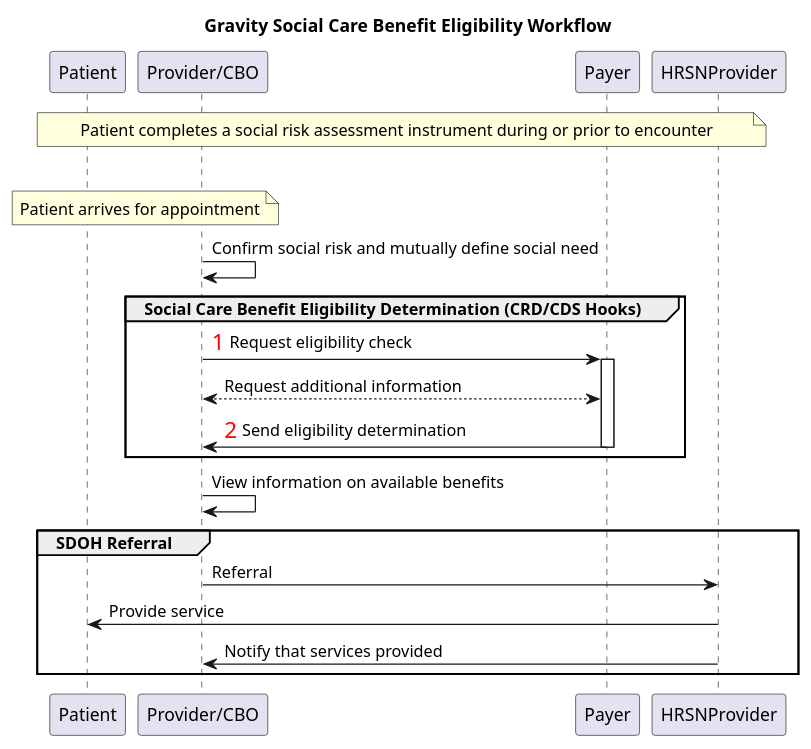
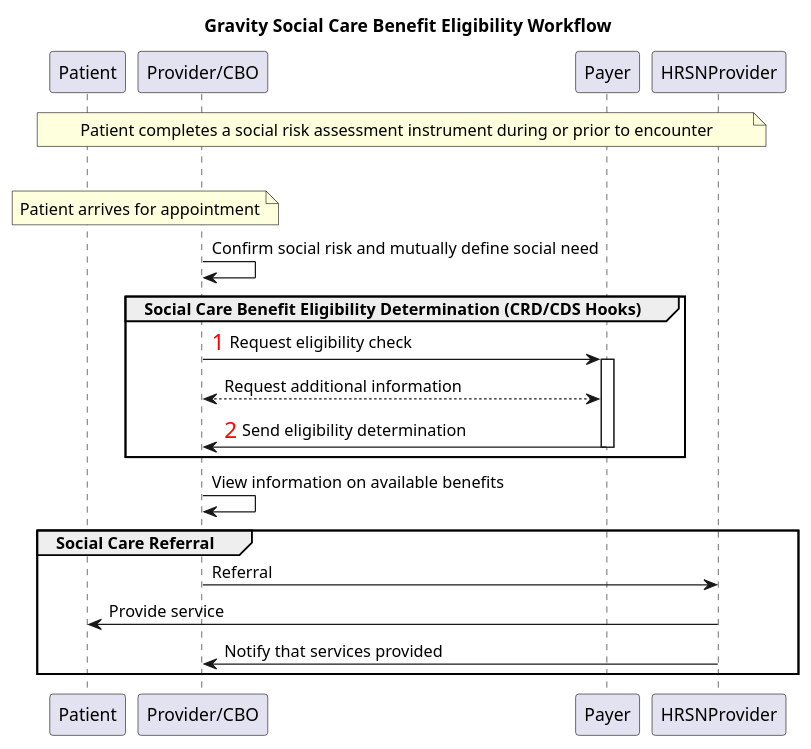
Before and after one commit to Gravity-SDOHCC/supplemental-benefits-check-connectathon: the diagram in gravity_workflow.puml, drawn with PlantUML. The commit also changed 2 other files, not shown here.

Commit message:
update referral language

```diff
--- a/gravity_workflow.puml
+++ b/gravity_workflow.puml
@@ -1,35 +1,35 @@
 @startuml
 title Gravity Social Care Benefit Eligibility Workflow
 
 participant Patient
 participant "Provider/CBO" as Provider
 participant Payer
 participant HRSNProvider
 
 note across: Patient completes a social risk assessment instrument during or prior to encounter
 'Provider -> Patient: Screening Questionnaire
 'Patient -> Provider: Screening QuestionnaireResponse
 |||
 note over Provider, Patient: Patient arrives for appointment
 Provider -> Provider: Confirm social risk and mutually define social need
 group Social Care Benefit Eligibility Determination (CRD/CDS Hooks)
   autonumber 1 "<font color=red size=18>"
   Provider -> Payer: Request eligibility check
   autonumber stop
   activate Payer
 
   Payer <--> Provider: Request additional information
 
   autonumber 2 "<font color=red size=18>"
   Payer -> Provider: Send eligibility determination
   autonumber stop
   deactivate Payer
 end
 Provider -> Provider: View information on available benefits
 
-group SDOH Referral
+group Social Care Referral
   Provider -> HRSNProvider: Referral
   HRSNProvider -> Patient: Provide service
   HRSNProvider -> Provider: Notify that services provided
 end
 @enduml
```
